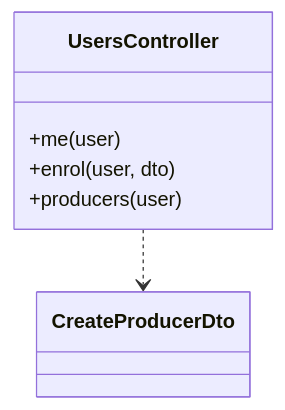
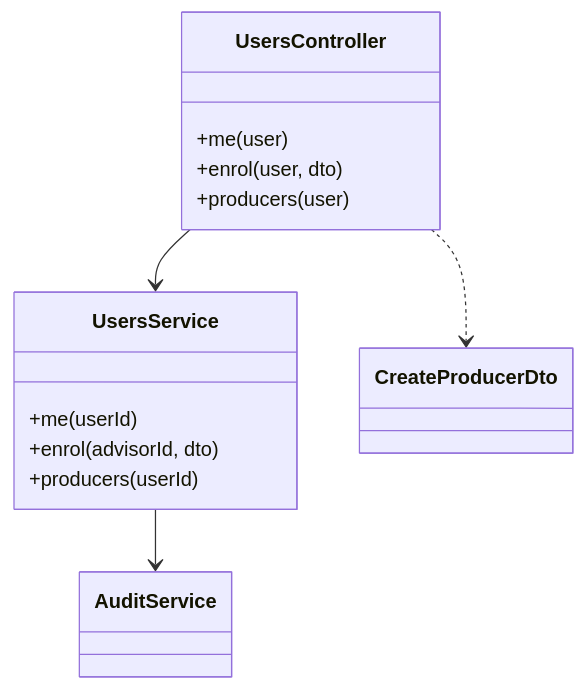
One commit to misterkante/alerteagri changed the diagram in docs/architecture/users/classes.md. Above: the diagram before and after it, drawn with Mermaid. The commit also changed 71 other files, not shown here.

First line of the commit message:
refactor(api): split modules into controller, service and dto files

````diff
--- a/docs/architecture/users/classes.md
+++ b/docs/architecture/users/classes.md
@@ -3,11 +3,18 @@
 ```mermaid
 classDiagram
-%% source: backend/src/users
+%% source: backend/src/users, backend/src/common
 class UsersController {
   +me(user)
   +enrol(user, dto)
   +producers(user)
 }
+class UsersService {
+  +me(userId)
+  +enrol(advisorId, dto)
+  +producers(userId)
+}
 class CreateProducerDto
+UsersController --> UsersService
 UsersController ..> CreateProducerDto
+UsersService --> AuditService
 ```
````
